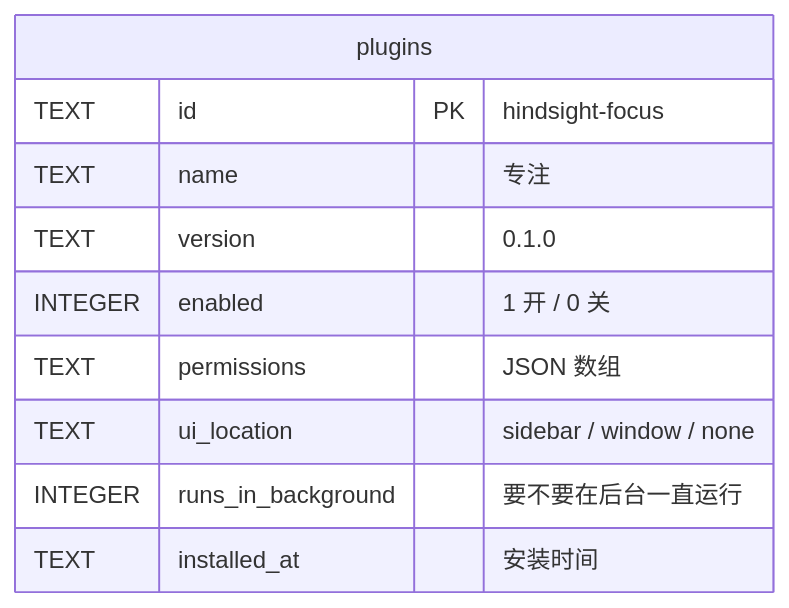
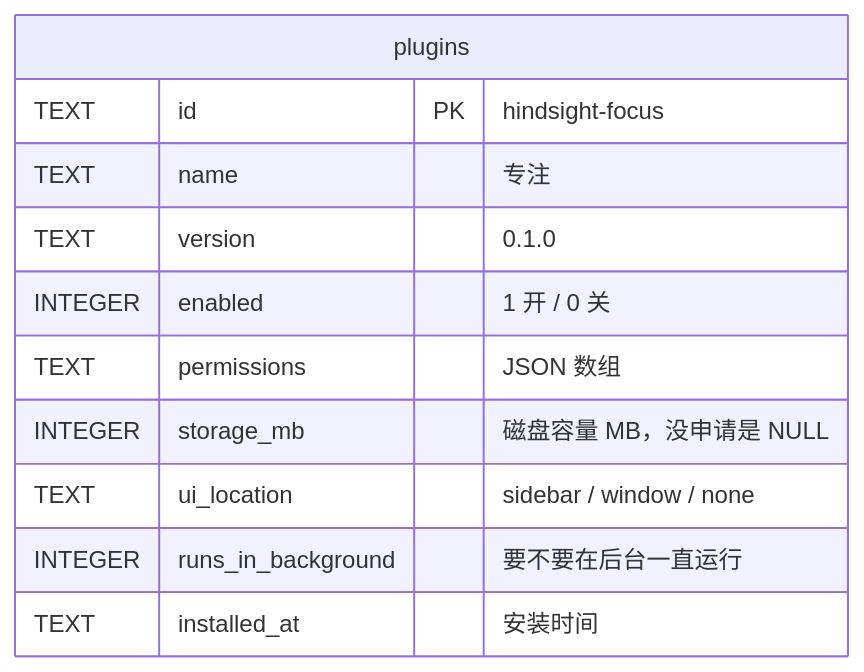
Before and after one commit to Tomotsugu-dev/Hindsight: the first of 2 diagrams in docs/design/plugins/zh/data.md, drawn with Mermaid. The commit also changed other lines of this file and 9 other files, not shown here.

````diff
--- a/docs/design/plugins/zh/data.md
+++ b/docs/design/plugins/zh/data.md
@@ -12,13 +12,14 @@
 ```mermaid
 erDiagram
   plugins {
     TEXT id PK "hindsight-focus"
     TEXT name "专注"
     TEXT version "0.1.0"
     INTEGER enabled "1 开 / 0 关"
     TEXT permissions "JSON 数组"
+    INTEGER storage_mb "磁盘容量 MB，没申请是 NULL"
     TEXT ui_location "sidebar / window / none"
     INTEGER runs_in_background "要不要在后台一直运行"
     TEXT installed_at "安装时间"
   }
 ```
````
